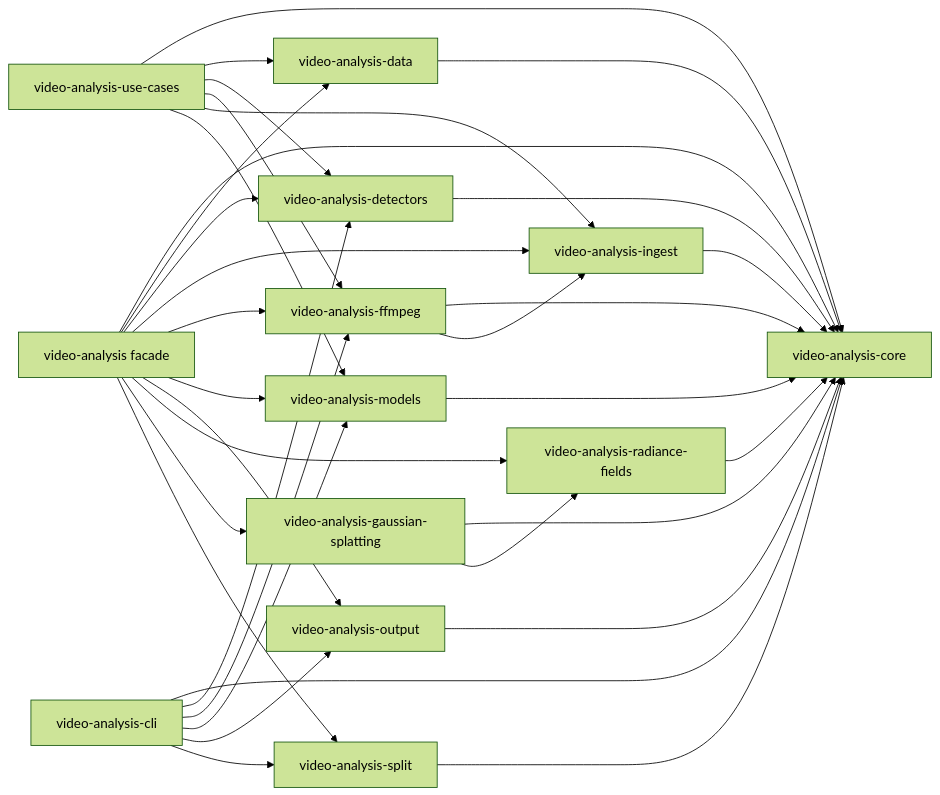
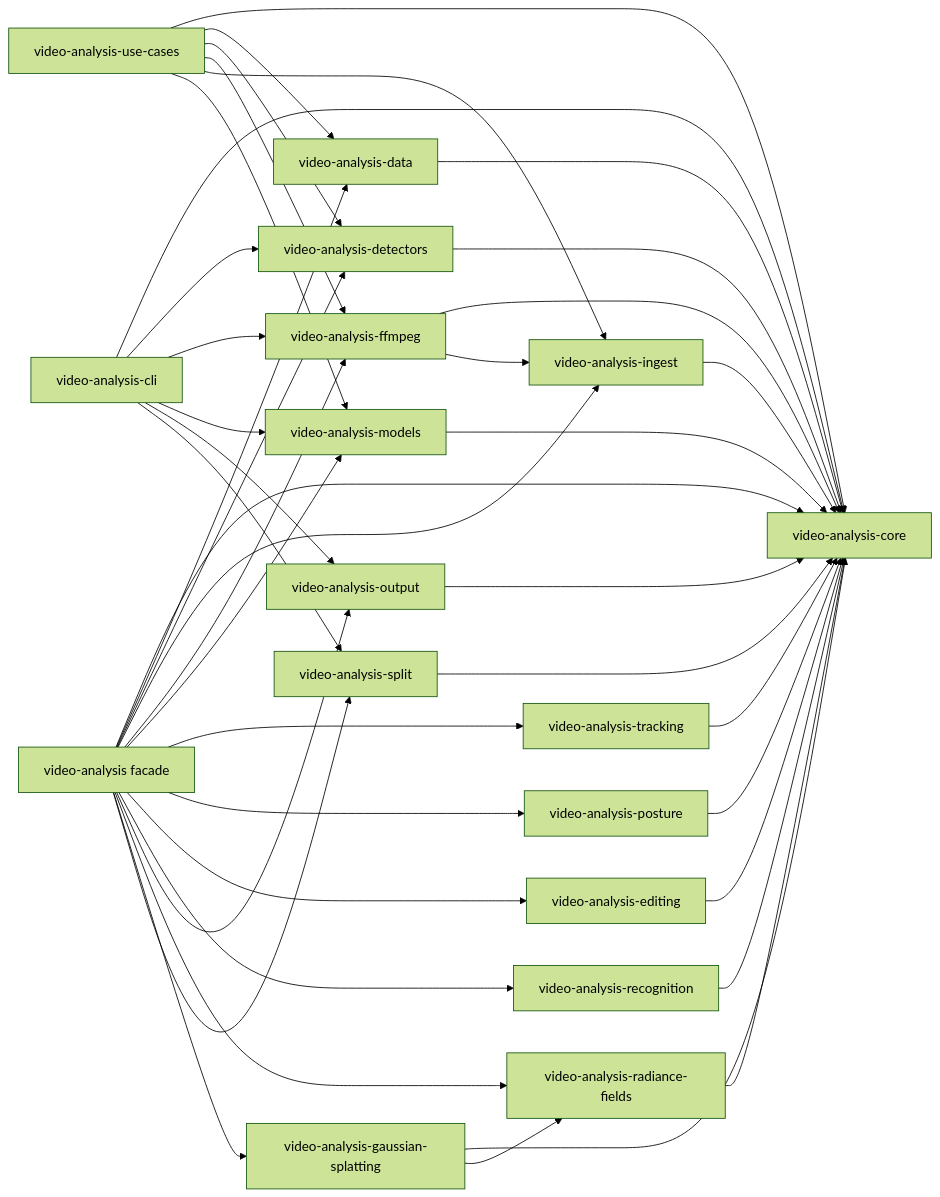
One commit to moritzbrantner/rust-packages changed the diagram in README.md. Above: the diagram before and after it, drawn with Mermaid (forest theme). The commit also changed other lines of this file and 12 other files, not shown here.

First line of the commit message:
Add analysis editing, posture, recognition, and tracking crates

````diff
--- a/README.md
+++ b/README.md
@@ -110,55 +118,67 @@
 ```mermaid
 flowchart LR
     core[video-analysis-core]
 
     data[video-analysis-data]
     detectors[video-analysis-detectors]
     ingest[video-analysis-ingest]
     ffmpeg[video-analysis-ffmpeg]
     output[video-analysis-output]
     split[video-analysis-split]
     models[video-analysis-models]
+    tracking[video-analysis-tracking]
+    posture[video-analysis-posture]
+    editing[video-analysis-editing]
+    recognition[video-analysis-recognition]
     radiance[video-analysis-radiance-fields]
     splatting[video-analysis-gaussian-splatting]
 
     root[video-analysis facade]
     cli[video-analysis-cli]
     usecases[video-analysis-use-cases]
 
     detectors --> core
     data --> core
     ingest --> core
     ffmpeg --> core
     ffmpeg --> ingest
     output --> core
     split --> core
     models --> core
+    tracking --> core
+    posture --> core
+    editing --> core
+    recognition --> core
     radiance --> core
     splatting --> core
     splatting --> radiance
 
     root --> core
     root --> data
     root --> detectors
     root --> ingest
     root --> ffmpeg
     root --> models
+    root --> tracking
+    root --> posture
+    root --> editing
+    root --> recognition
     root --> output
     root --> radiance
     root --> splatting
     root --> split
 
     cli --> core
     cli --> detectors
     cli --> ffmpeg
     cli --> models
     cli --> output
     cli --> split
 
     usecases --> core
     usecases --> data
     usecases --> detectors
     usecases --> ffmpeg
     usecases --> ingest
     usecases --> models
 ```
````
